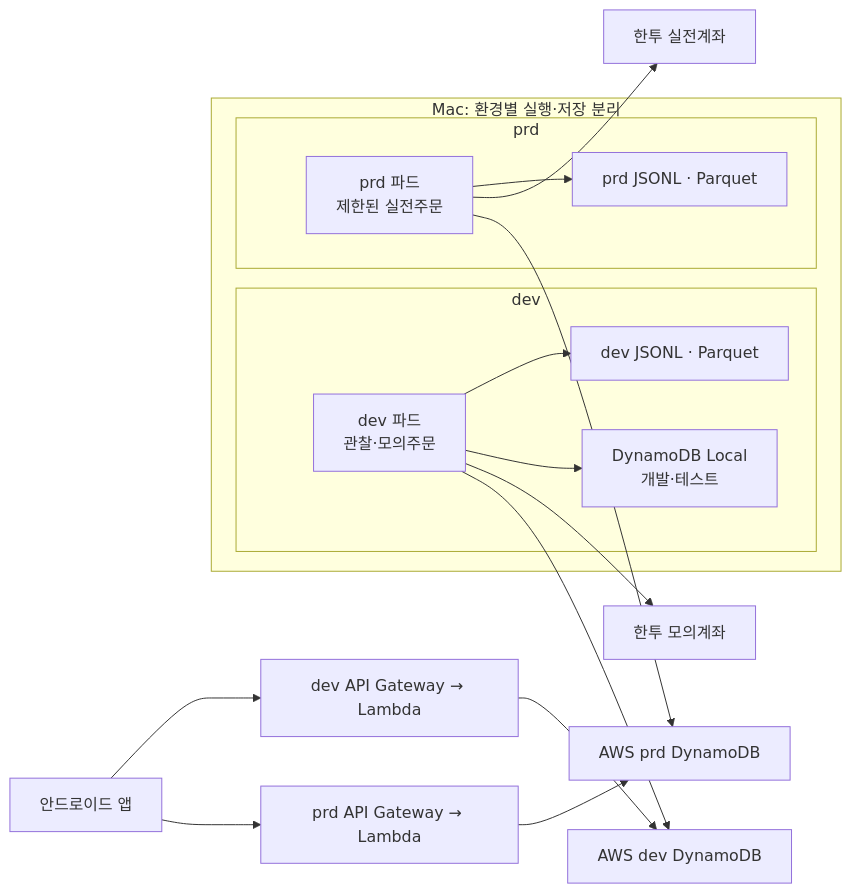
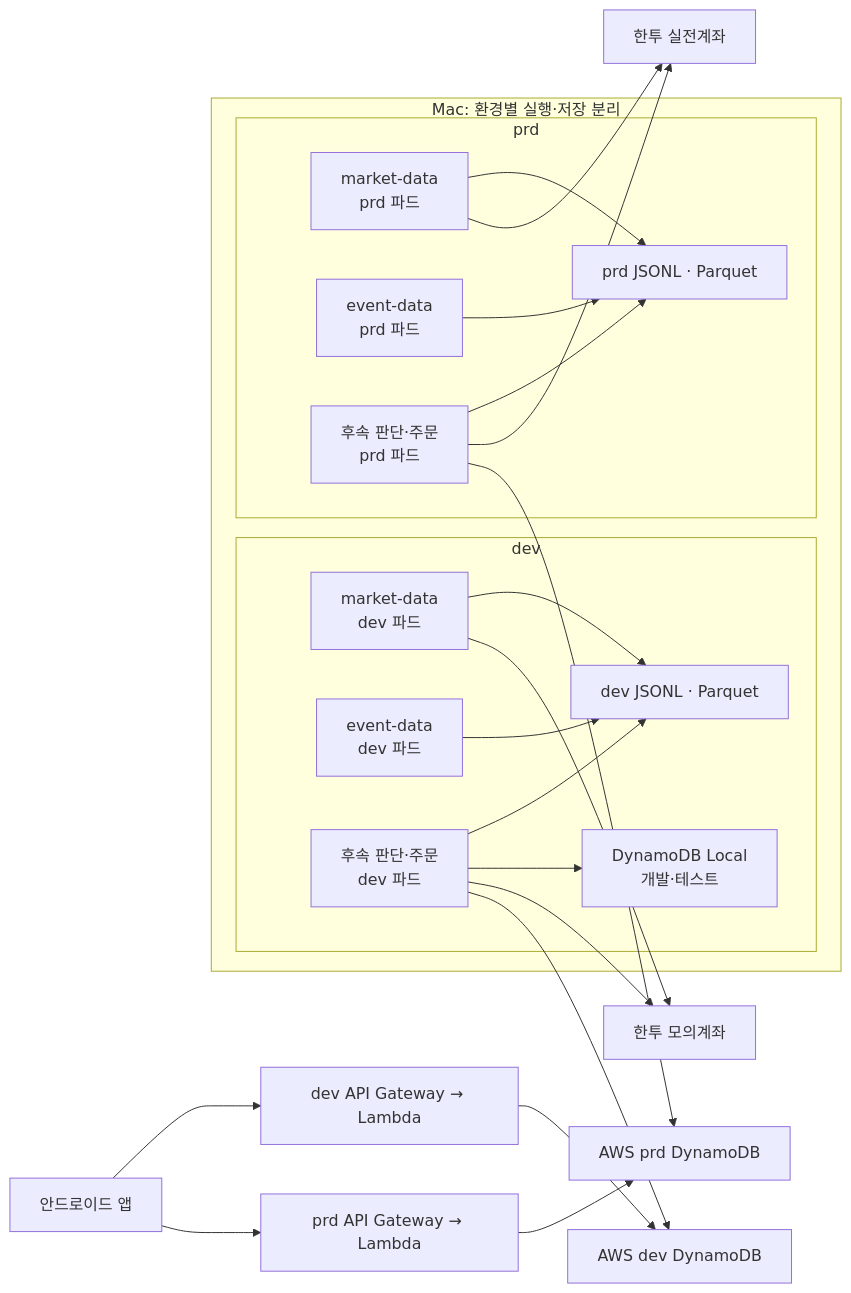
Before and after one commit to ShinYEB/Auto-helm: the third of 3 diagrams in docs/hld/HLD.md, drawn with Mermaid. The commit also changed other lines of this file and 27 other files, not shown here.

Commit message:
Split market and event collectors into independent modules

````diff
--- a/docs/hld/HLD.md
+++ b/docs/hld/HLD.md
@@ -198,20 +198,26 @@
 ```mermaid
 flowchart LR
     subgraph MAC["Mac: 환경별 실행·저장 분리"]
         subgraph DEV["dev"]
-            DP["dev 파드<br/>관찰·모의주문"] --> DF["dev JSONL · Parquet"]
+            DM["market-data<br/>dev 파드"] --> DF["dev JSONL · Parquet"]
+            DE["event-data<br/>dev 파드"] --> DF
+            DP["후속 판단·주문<br/>dev 파드"] --> DF
             DP --> DL["DynamoDB Local<br/>개발·테스트"]
         end
         subgraph PRD["prd"]
-            PP["prd 파드<br/>제한된 실전주문"] --> PF["prd JSONL · Parquet"]
+            PM["market-data<br/>prd 파드"] --> PF["prd JSONL · Parquet"]
+            PE["event-data<br/>prd 파드"] --> PF
+            PP["후속 판단·주문<br/>prd 파드"] --> PF
         end
     end
-    DP --> VTS["한투 모의계좌"]
-    PP --> REAL["한투 실전계좌"]
+    DM --> VTS["한투 모의계좌"]
+    DP --> VTS
+    PM --> REAL["한투 실전계좌"]
+    PP --> REAL
     DP --> DD["AWS dev DynamoDB"]
     PP --> PD["AWS prd DynamoDB"]
     APP["안드로이드 앱"] --> DA["dev API Gateway → Lambda"]
     APP --> PA["prd API Gateway → Lambda"]
     DA --> DD
     PA --> PD
 ```
````
